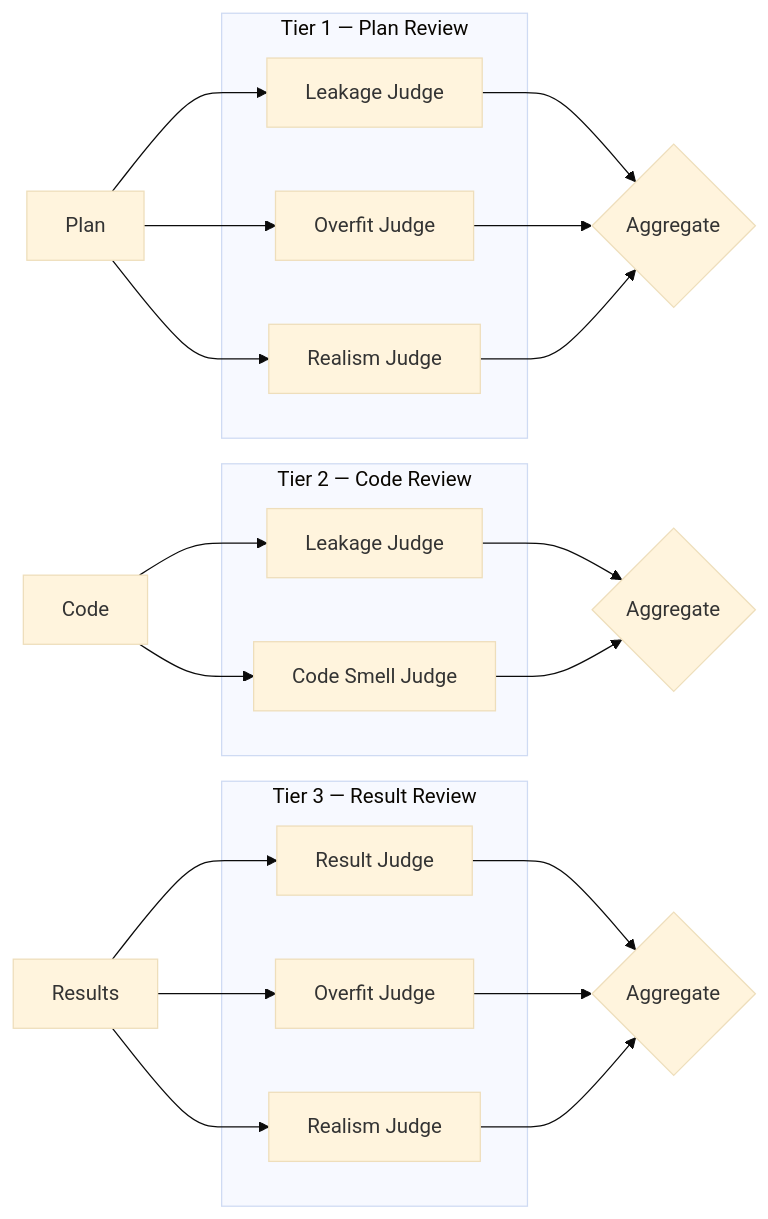
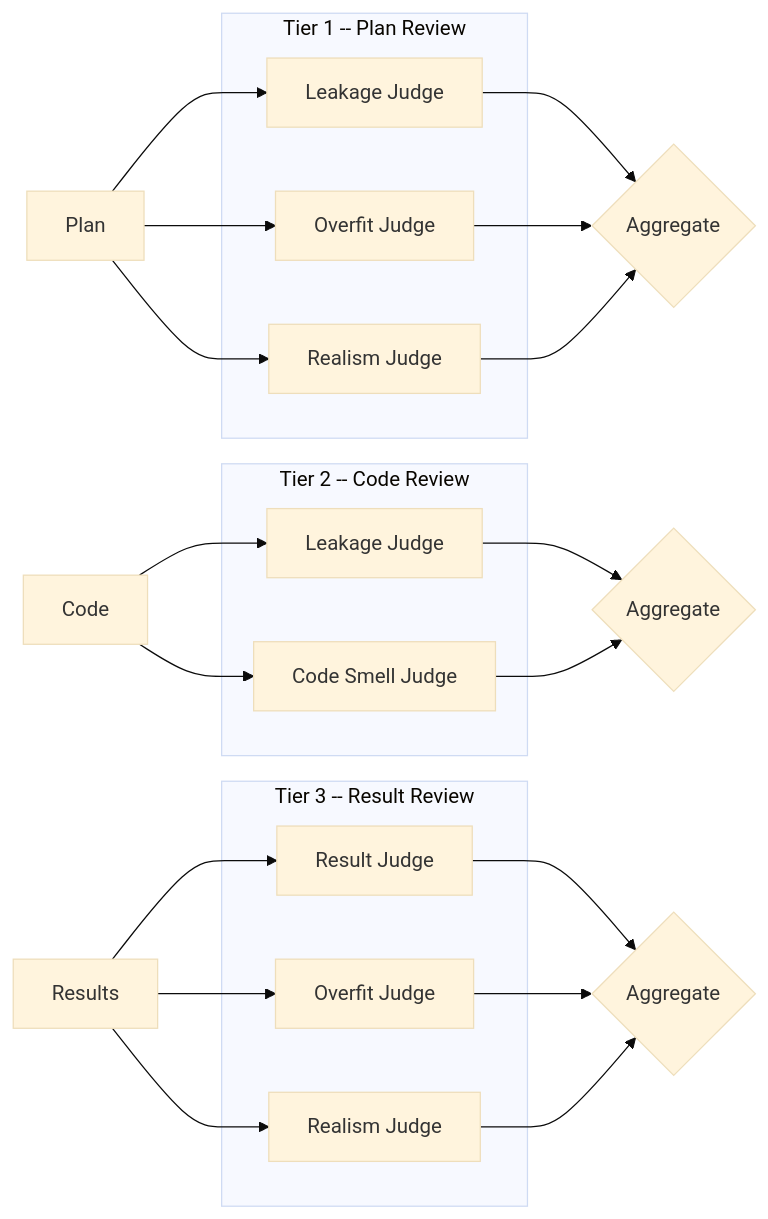
Before and after one commit to hb4ch/alpha-forge: the third of 4 diagrams in README.md, drawn with Mermaid (base theme). The commit also changed other lines of this file and 44 other files, not shown here.

````diff
--- a/README.md
+++ b/README.md
@@ -155,27 +152,27 @@
 ```mermaid
 graph LR
-    subgraph "Tier 1 — Plan Review"
+    subgraph "Tier 1 -- Plan Review"
         LJ1[Leakage Judge]
         OJ1[Overfit Judge]
         RJ1[Realism Judge]
     end
 
-    subgraph "Tier 2 — Code Review"
+    subgraph "Tier 2 -- Code Review"
         LJ2[Leakage Judge]
         CJ[Code Smell Judge]
     end
 
-    subgraph "Tier 3 — Result Review"
+    subgraph "Tier 3 -- Result Review"
         RSJ[Result Judge]
         OJ2[Overfit Judge]
         RJ2[Realism Judge]
     end
 
     Plan --> LJ1 & OJ1 & RJ1
     Code --> LJ2 & CJ
     Results --> RSJ & OJ2 & RJ2
 
     LJ1 & OJ1 & RJ1 --> V1{Aggregate}
     LJ2 & CJ --> V2{Aggregate}
     RSJ & OJ2 & RJ2 --> V3{Aggregate}
 ```
````
